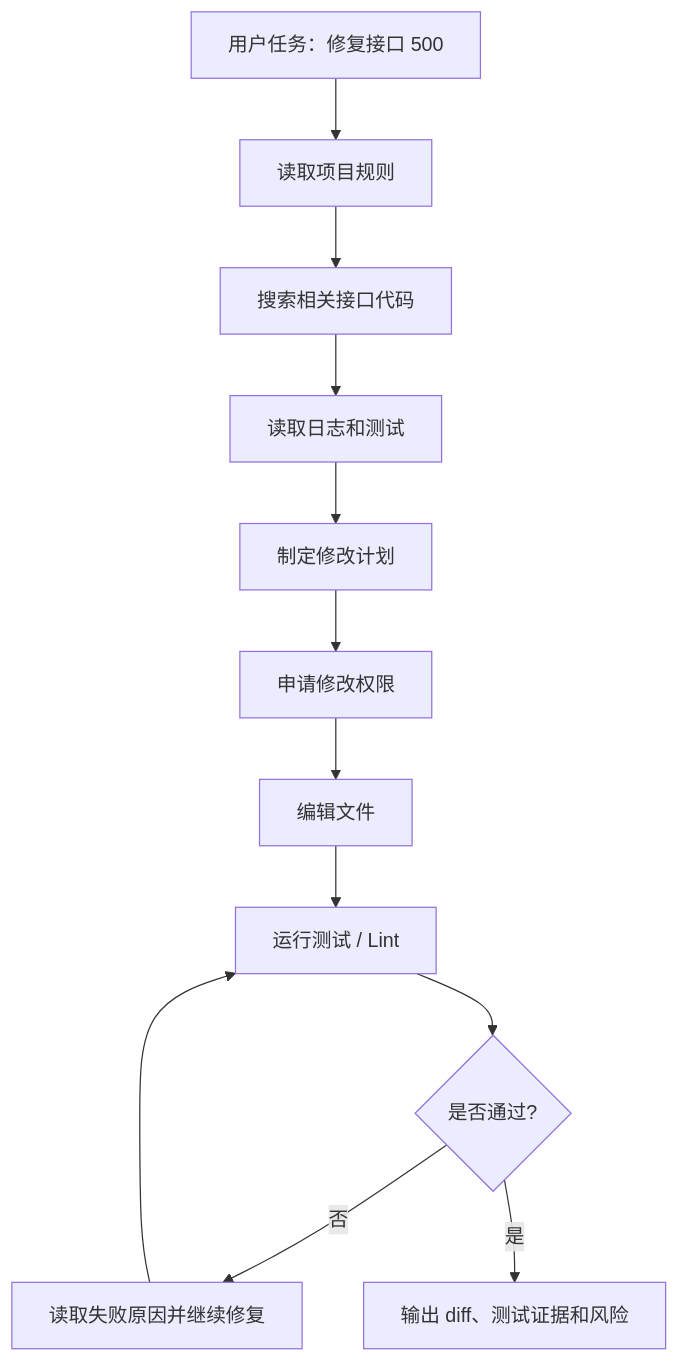
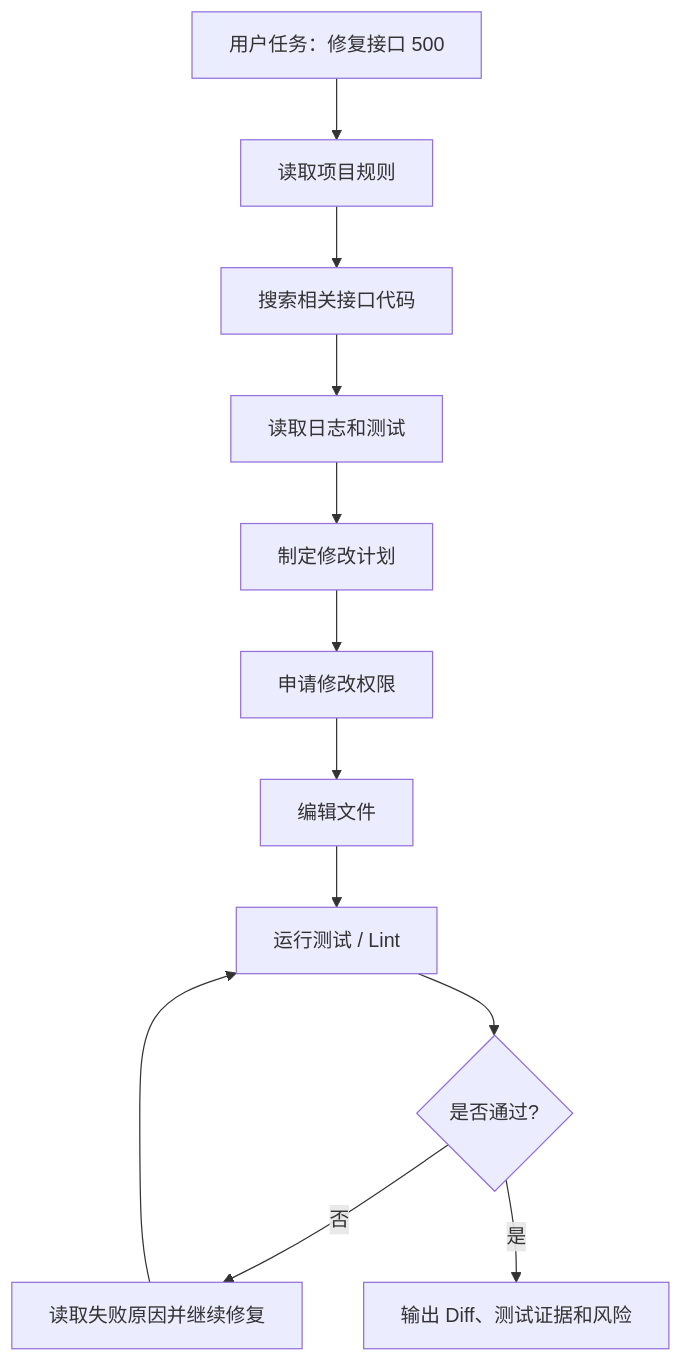
One commit to pittosporum-seu/Learning_Agent changed the first of 5 diagrams in docs/foundations/07-agent-harness.md. Above: the diagram before and after it, drawn with Mermaid. The commit also changed other lines of this file and 7 other files, not shown here.

````diff
--- a/docs/foundations/07-agent-harness.md
+++ b/docs/foundations/07-agent-harness.md
@@ -48,14 +85,14 @@
 ```mermaid
 flowchart TD
     A[用户任务：修复接口 500] --> B[读取项目规则]
     B --> C[搜索相关接口代码]
     C --> D[读取日志和测试]
     D --> E[制定修改计划]
     E --> F[申请修改权限]
     F --> G[编辑文件]
     G --> H[运行测试 / Lint]
     H --> I{是否通过?}
     I -- 否 --> J[读取失败原因并继续修复]
     J --> H
-    I -- 是 --> K[输出 diff、测试证据和风险]
+    I -- 是 --> K[输出 Diff、测试证据和风险]
 ```
````
